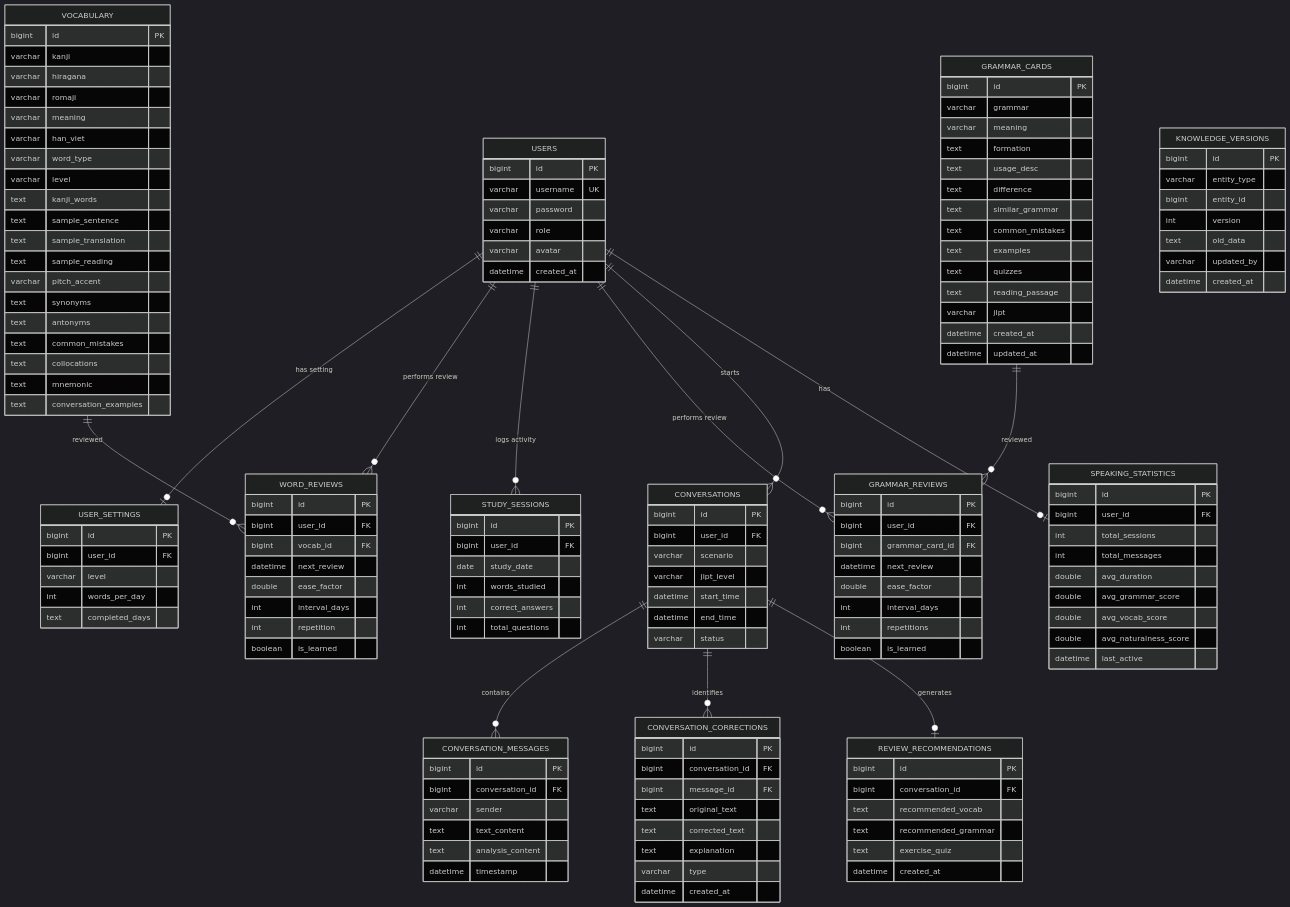
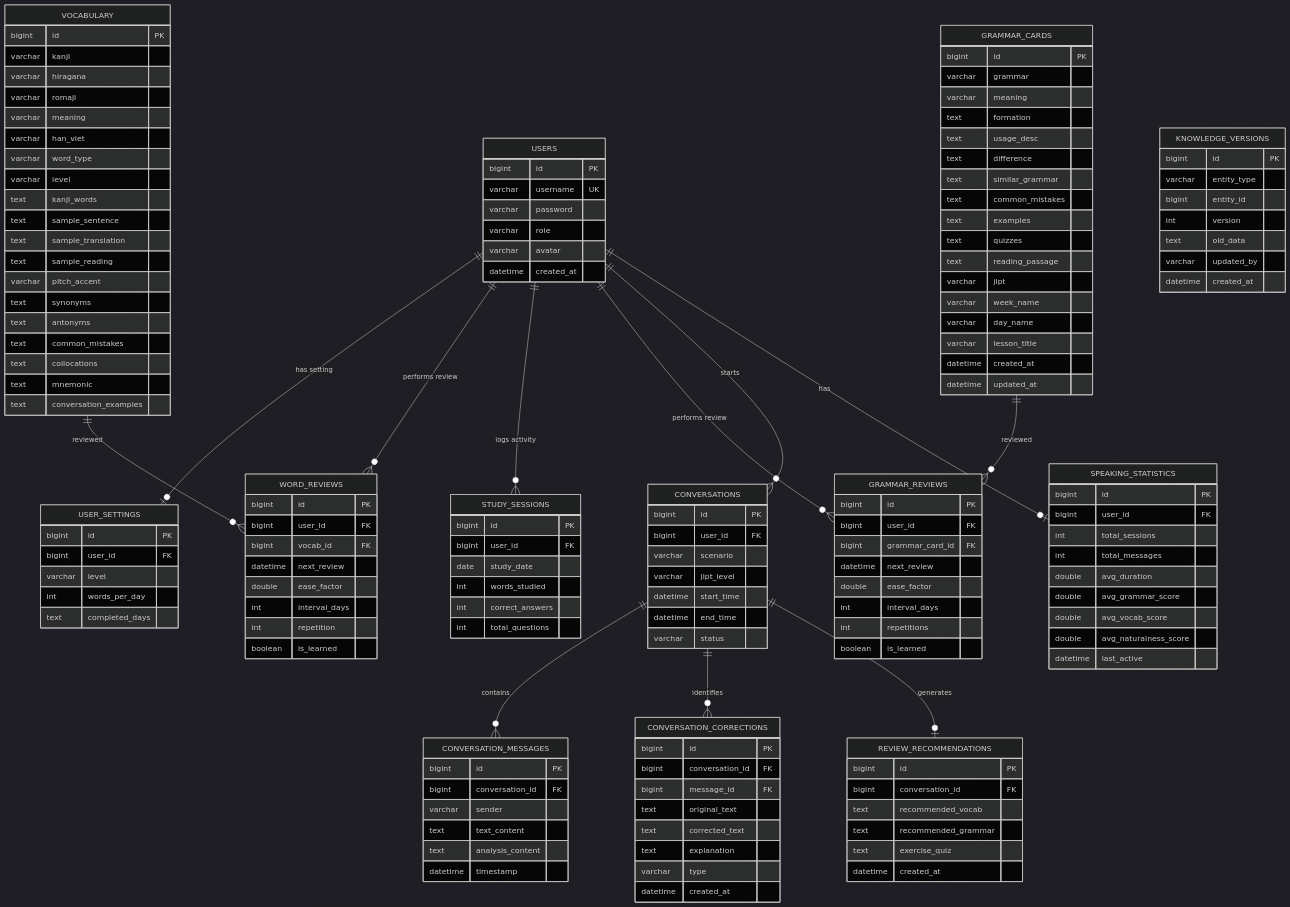
One commit to phandevv/japaneseproject changed the diagram in .ai/knowledge/database.md. Above: the diagram before and after it, drawn with Mermaid (dark theme). The commit also changed 15 other files, not shown here.

```diff
--- a/.ai/knowledge/database.md
+++ b/.ai/knowledge/database.md
@@ -117,6 +117,9 @@
         text quizzes
         text reading_passage
         varchar jlpt
+        varchar week_name
+        varchar day_name
+        varchar lesson_title
         datetime created_at
         datetime updated_at
     }
```
